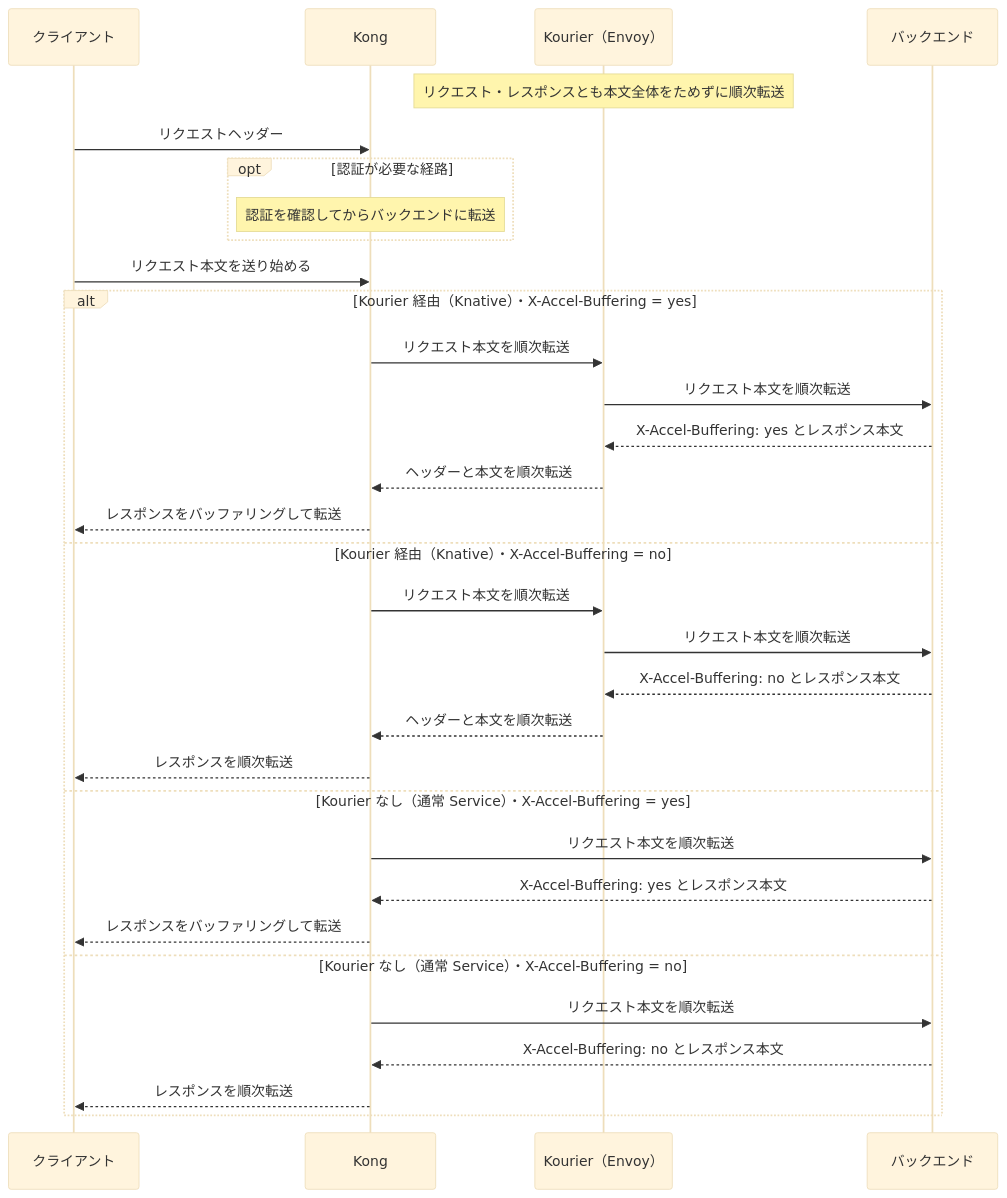
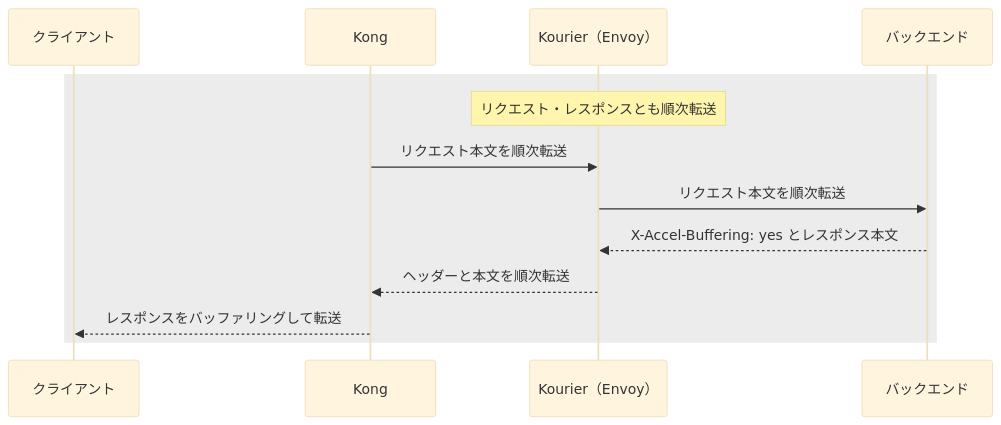
One commit to sasano8/infra-kubernetes changed the second of 5 diagrams in docs/streaming.md. Above: the diagram before and after it, drawn with Mermaid (base theme). The commit also changed other lines of this file, not shown here.

Commit message:
Render each streaming case as a separate diagram

````diff
--- a/docs/streaming.md
+++ b/docs/streaming.md
@@ -16,35 +33,15 @@
 ```mermaid
 sequenceDiagram
     participant C as クライアント
     participant K as Kong
     participant Q as Kourier（Envoy）
     participant B as バックエンド
-    Note over Q: リクエスト・レスポンスとも本文全体をためずに順次転送
-    C->>K: リクエストヘッダー
-    opt 認証が必要な経路
-        Note over K: 認証を確認してからバックエンドに転送
-    end
-    C->>K: リクエスト本文を送り始める
-
-    alt Kourier 経由（Knative）・X-Accel-Buffering = yes
+    rect rgba(128, 128, 128, 0.15)
+        Note over Q: リクエスト・レスポンスとも順次転送
         K->>Q: リクエスト本文を順次転送
         Q->>B: リクエスト本文を順次転送
         B-->>Q: X-Accel-Buffering: yes とレスポンス本文
         Q-->>K: ヘッダーと本文を順次転送
         K-->>C: レスポンスをバッファリングして転送
-    else Kourier 経由（Knative）・X-Accel-Buffering = no
-        K->>Q: リクエスト本文を順次転送
-        Q->>B: リクエスト本文を順次転送
-        B-->>Q: X-Accel-Buffering: no とレスポンス本文
-        Q-->>K: ヘッダーと本文を順次転送
-        K-->>C: レスポンスを順次転送
-    else Kourier なし（通常 Service）・X-Accel-Buffering = yes
-        K->>B: リクエスト本文を順次転送
-        B-->>K: X-Accel-Buffering: yes とレスポンス本文
-        K-->>C: レスポンスをバッファリングして転送
-    else Kourier なし（通常 Service）・X-Accel-Buffering = no
-        K->>B: リクエスト本文を順次転送
-        B-->>K: X-Accel-Buffering: no とレスポンス本文
-        K-->>C: レスポンスを順次転送
     end
 ```
````
